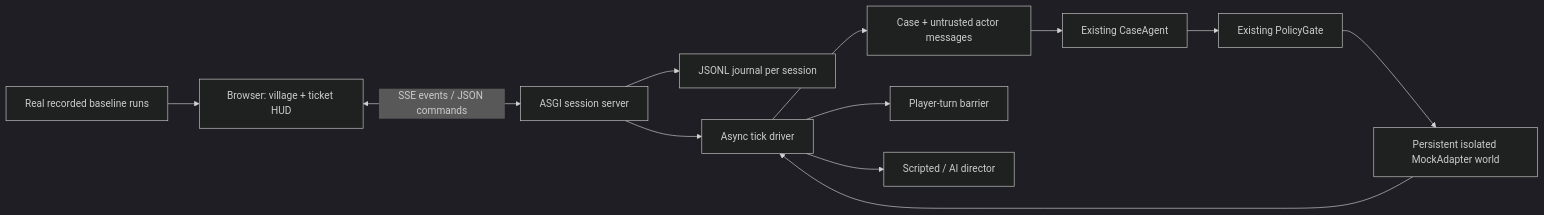
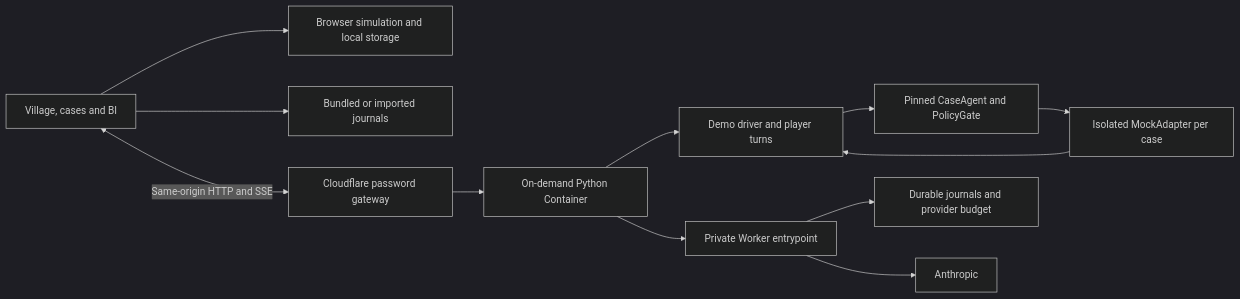
Before and after one commit to dkushnikov/dwelly-hackaton-demo: the diagram in docs/PLAN.md, drawn with Mermaid (dark theme). The commit also changed other lines of this file and 24 other files, not shown here.

````diff
--- a/docs/PLAN.md
+++ b/docs/PLAN.md
@@ -20,14 +10,14 @@
 ```mermaid
 flowchart LR
-    Browser[Browser: village + ticket HUD] <-->|SSE events / JSON commands| Server[ASGI session server]
-    Server --> Journal[JSONL journal per session]
-    Server --> Driver[Async tick driver]
-    Driver --> Case[Case + untrusted actor messages]
-    Case --> Agent[Existing CaseAgent]
-    Agent --> Gate[Existing PolicyGate]
-    Gate --> World[Persistent isolated MockAdapter world]
+    Browser[Village, cases and BI] --> Sim[Browser simulation and local storage]
+    Browser --> Replay[Bundled or imported journals]
+    Browser <-->|Same-origin HTTP and SSE| Gateway[Cloudflare password gateway]
+    Gateway --> Container[On-demand Python Container]
+    Container --> Driver[Demo driver and player turns]
+    Driver --> Agent[Pinned CaseAgent and PolicyGate]
+    Agent --> World[Isolated MockAdapter per case]
     World --> Driver
-    Driver --> Player[Player-turn barrier]
-    Driver --> Director[Scripted / AI director]
-    Replay[Real recorded baseline runs] --> Browser
+    Container --> Private[Private Worker entrypoint]
+    Private --> Ledger[Durable journals and provider budget]
+    Private --> Provider[Anthropic]
 ```
````
